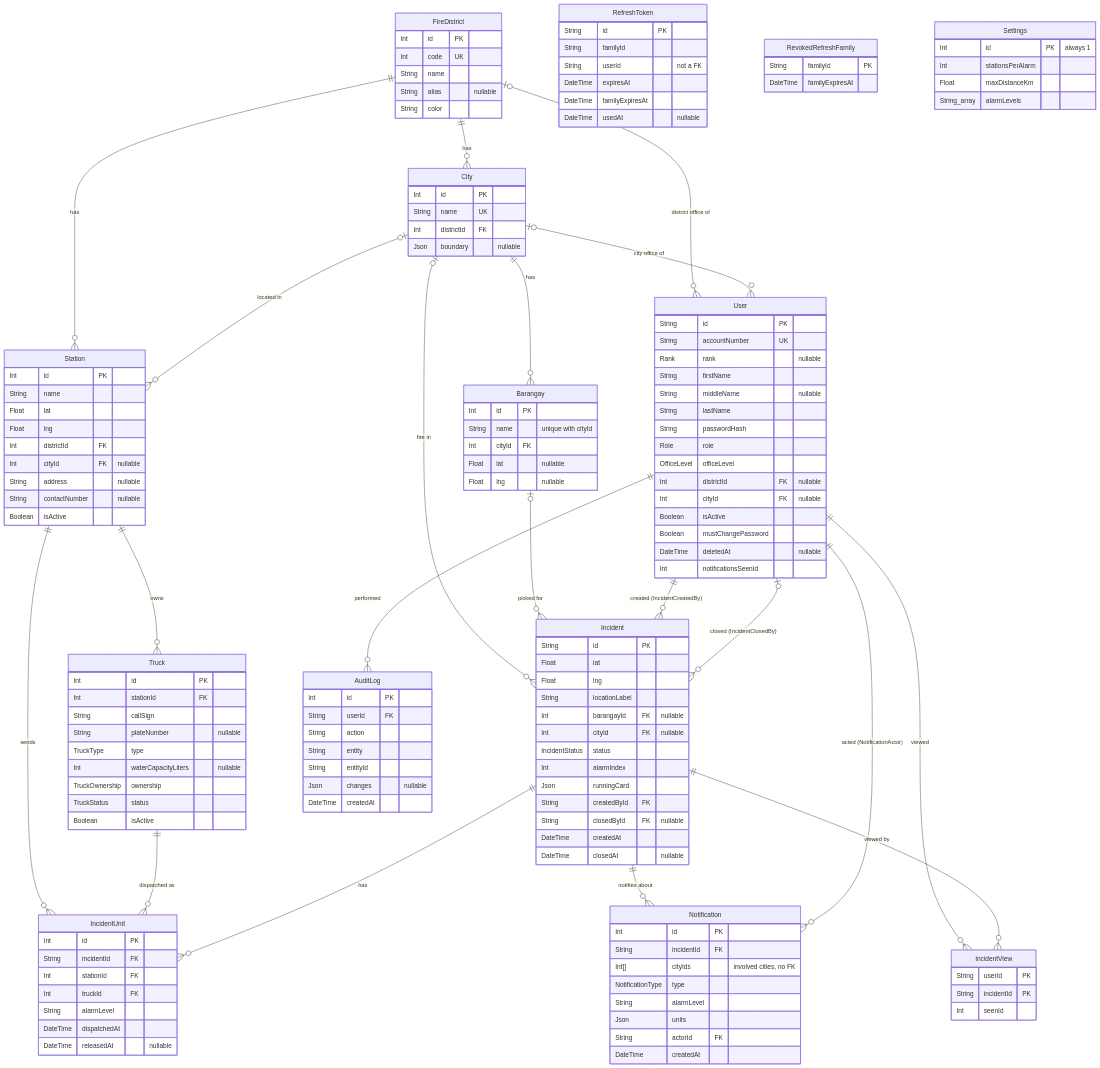
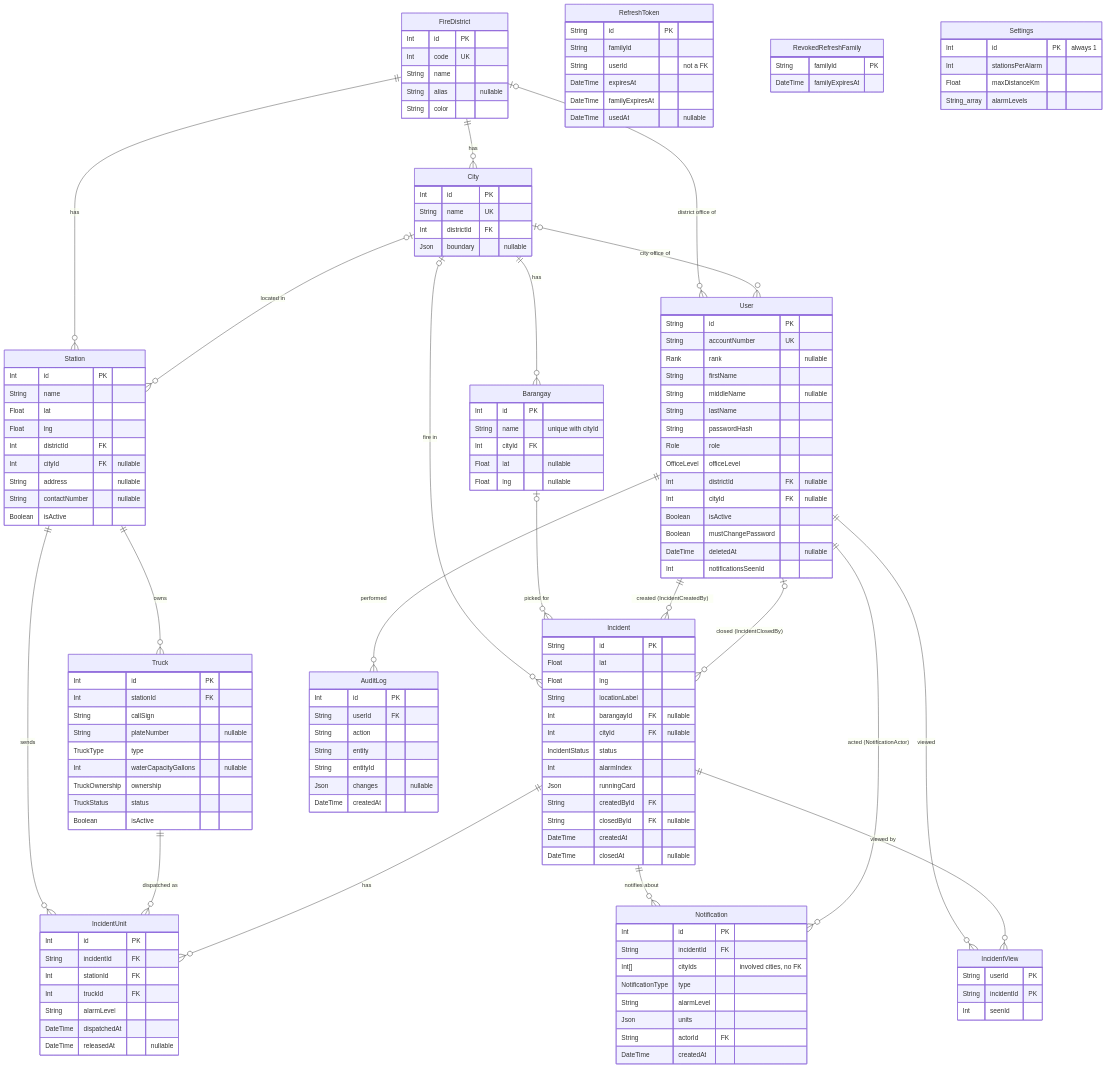
One commit to geofreybazar/runningcardsystem changed the diagram in docs/database/erd.md. Above: the diagram before and after it, drawn with Mermaid. The commit also changed 12 other files, not shown here.

First line of the commit message:
Trucks: water capacity in gallons, fire apparatus only

```diff
--- a/docs/database/erd.md
+++ b/docs/database/erd.md
@@ -61,7 +61,7 @@
     String callSign
     String plateNumber "nullable"
     TruckType type
-    Int waterCapacityLiters "nullable"
+    Int waterCapacityGallons "nullable"
     TruckOwnership ownership
     TruckStatus status
     Boolean isActive
```
